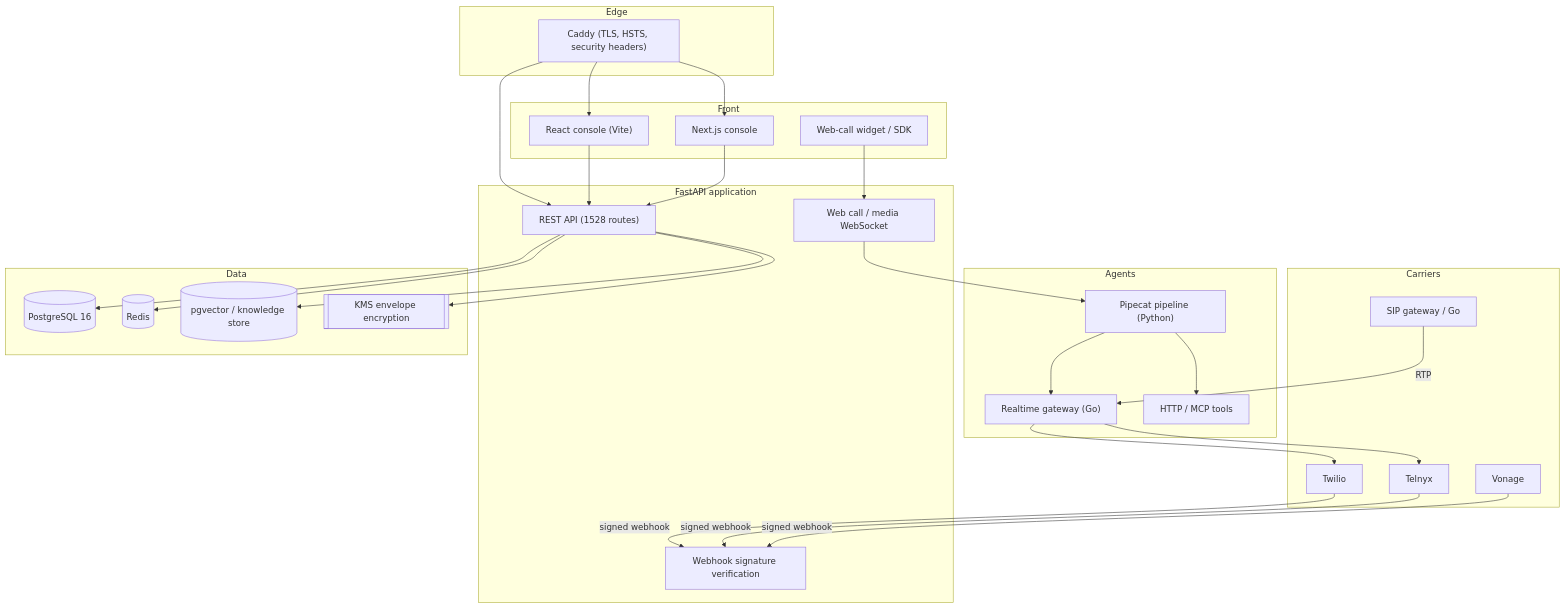
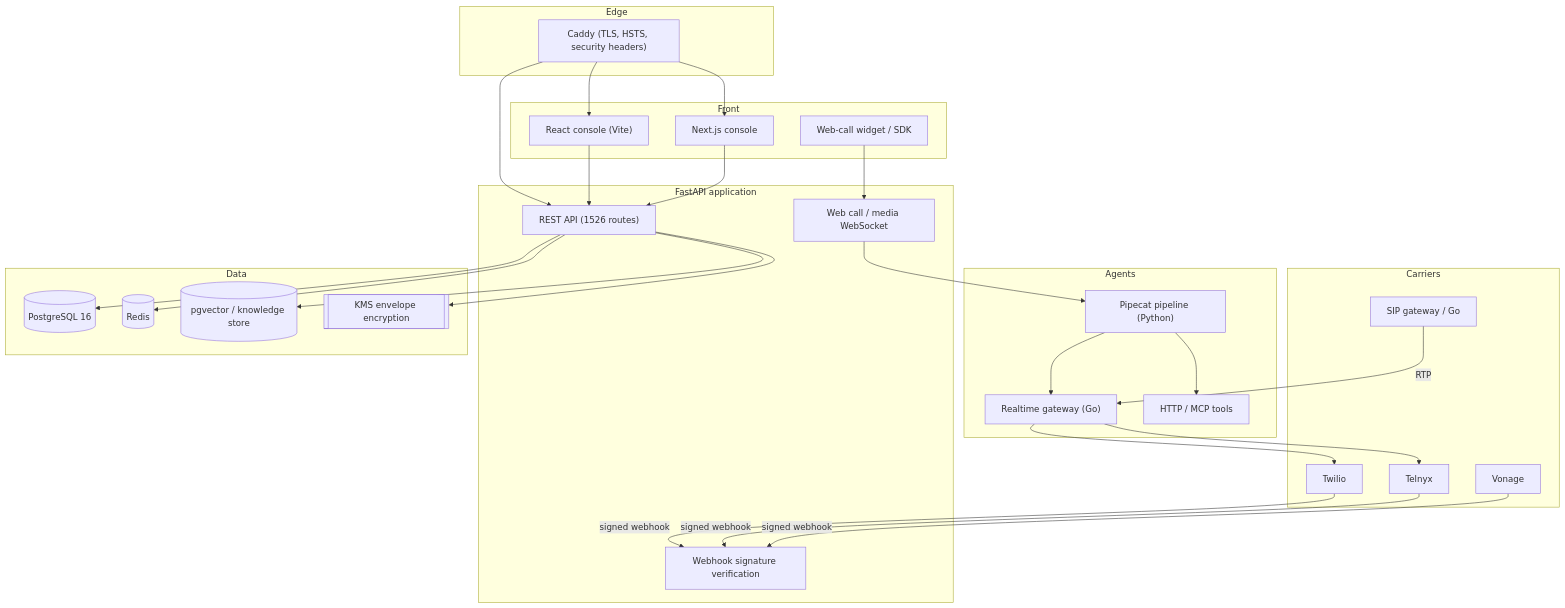
The diagram in voxdesk-call/README.md (Ainul-550Islam/voxdesk-call-ainul-islam), drawn with Mermaid before and after one commit. The commit also changed other lines of this file and 87 other files, not shown here.

````diff
--- a/voxdesk-call/README.md
+++ b/voxdesk-call/README.md
@@ -12,53 +13,53 @@
 ```mermaid
 flowchart TB
     subgraph Edge
         Caddy["Caddy (TLS, HSTS, security headers)"]
     end
     subgraph Carriers
         Twilio[Twilio]
         Telnyx[Telnyx]
         Vonage[Vonage]
         SIP[SIP gateway / Go]
     end
     subgraph App["FastAPI application"]
-        API["REST API (1528 routes)"]
+        API["REST API (1526 routes)"]
         WS["Web call / media WebSocket"]
         Wh[Webhook signature verification]
     end
     subgraph Agents
         Pipe["Pipecat pipeline (Python)"]
         RT["Realtime gateway (Go)"]
         Tools["HTTP / MCP tools"]
     end
     subgraph Data
         PG[("PostgreSQL 16")]
         Redis[("Redis")]
         Vec[("pgvector / knowledge store")]
         KMS[["KMS envelope encryption"]]
     end
     subgraph Front
         Dash["React console (Vite)"]
         Next["Next.js console"]
         Widget["Web-call widget / SDK"]
     end
 
     Twilio -->|signed webhook| Wh
     Telnyx -->|signed webhook| Wh
     Vonage -->|signed webhook| Wh
     SIP -->|RTP| RT
     Caddy --> API
     Caddy --> Dash
     Caddy --> Next
     Widget --> WS
     WS --> Pipe
     API --> PG
     API --> Redis
     API --> Vec
     API --> KMS
     Pipe --> Tools
     Pipe --> RT
     RT --> Twilio
     RT --> Telnyx
     Dash --> API
     Next --> API
 ```
````
